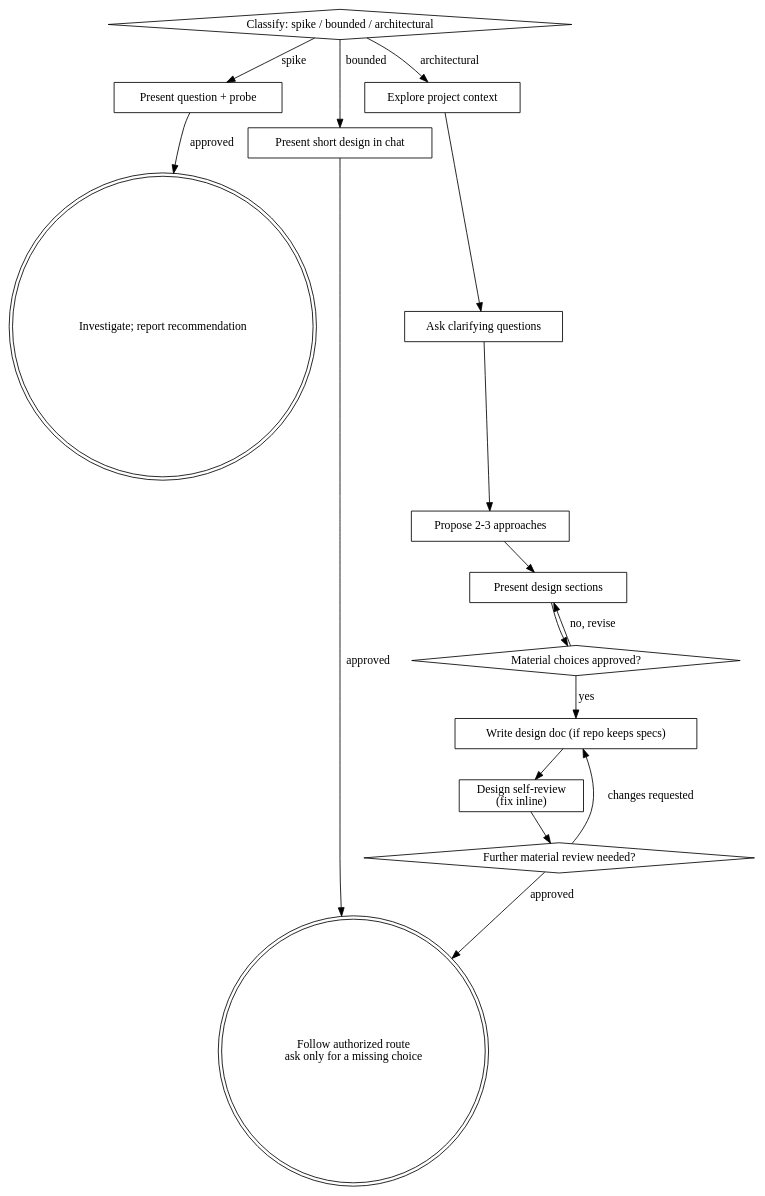
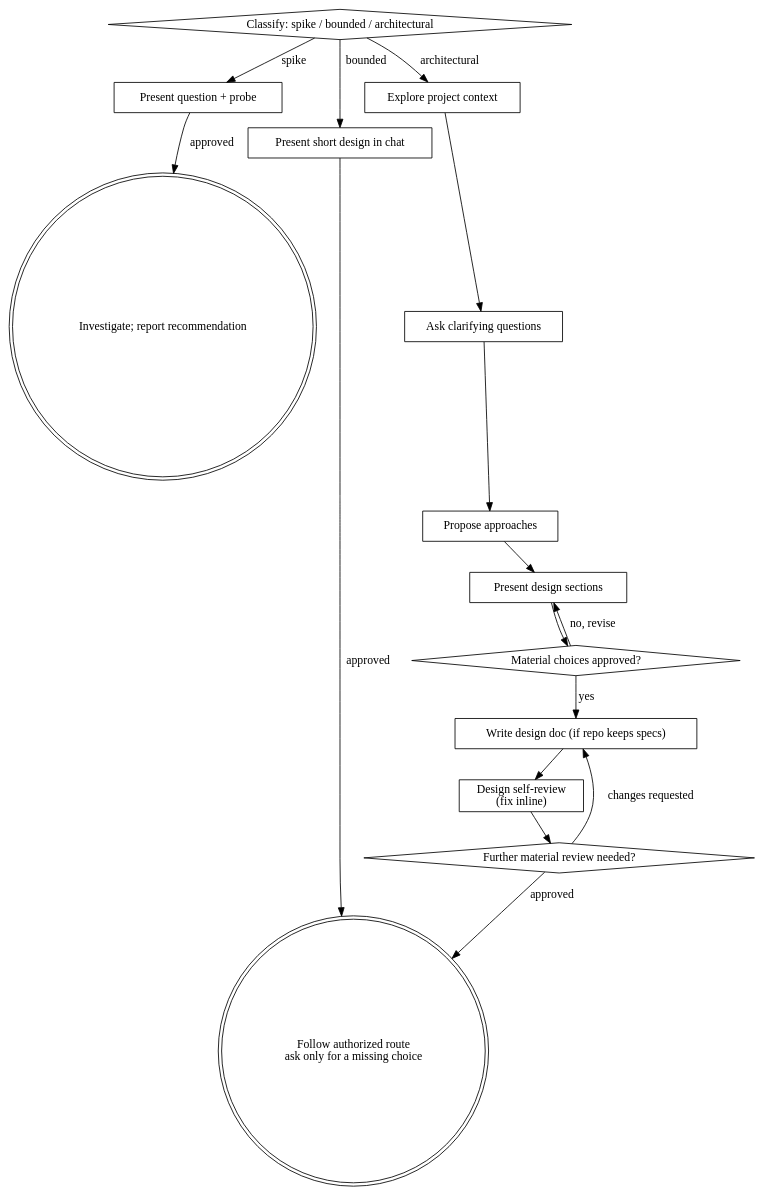
One commit to giostriquer/workshop changed the diagram in plugins/workbench/skills/brainstorming/SKILL.md. Above: the diagram before and after it, drawn with Graphviz. The commit also changed other lines of this file and 156 other files, not shown here.

````diff
--- a/plugins/workbench/skills/brainstorming/SKILL.md
+++ b/plugins/workbench/skills/brainstorming/SKILL.md
@@ -116,33 +116,33 @@
 ```dot
 digraph brainstorming {
     "Classify: spike / bounded / architectural" [shape=diamond];
     "Present question + probe" [shape=box];
     "Investigate; report recommendation" [shape=doublecircle];
     "Present short design in chat" [shape=box];
     "Explore project context" [shape=box];
     "Ask clarifying questions" [shape=box];
-    "Propose 2-3 approaches" [shape=box];
+    "Propose approaches" [shape=box];
     "Present design sections" [shape=box];
     "Material choices approved?" [shape=diamond];
     "Write design doc (if repo keeps specs)" [shape=box];
     "Design self-review\n(fix inline)" [shape=box];
     "Further material review needed?" [shape=diamond];
     "Follow authorized route\nask only for a missing choice" [shape=doublecircle];
 
     "Classify: spike / bounded / architectural" -> "Present question + probe" [label="spike"];
     "Classify: spike / bounded / architectural" -> "Present short design in chat" [label="bounded"];
     "Classify: spike / bounded / architectural" -> "Explore project context" [label="architectural"];
     "Present question + probe" -> "Investigate; report recommendation" [label="approved"];
     "Present short design in chat" -> "Follow authorized route\nask only for a missing choice" [label="approved"];
     "Explore project context" -> "Ask clarifying questions";
-    "Ask clarifying questions" -> "Propose 2-3 approaches";
-    "Propose 2-3 approaches" -> "Present design sections";
+    "Ask clarifying questions" -> "Propose approaches";
+    "Propose approaches" -> "Present design sections";
     "Present design sections" -> "Material choices approved?";
     "Material choices approved?" -> "Present design sections" [label="no, revise"];
     "Material choices approved?" -> "Write design doc (if repo keeps specs)" [label="yes"];
     "Write design doc (if repo keeps specs)" -> "Design self-review\n(fix inline)";
     "Design self-review\n(fix inline)" -> "Further material review needed?";
     "Further material review needed?" -> "Write design doc (if repo keeps specs)" [label="changes requested"];
     "Further material review needed?" -> "Follow authorized route\nask only for a missing choice" [label="approved"];
 }
 ```
````
